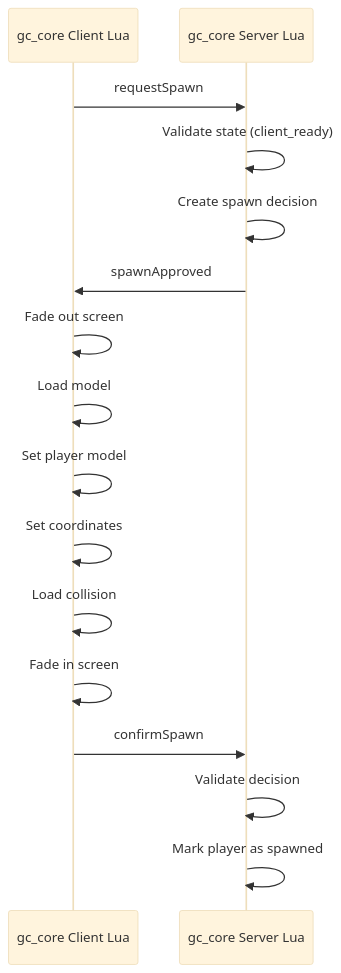
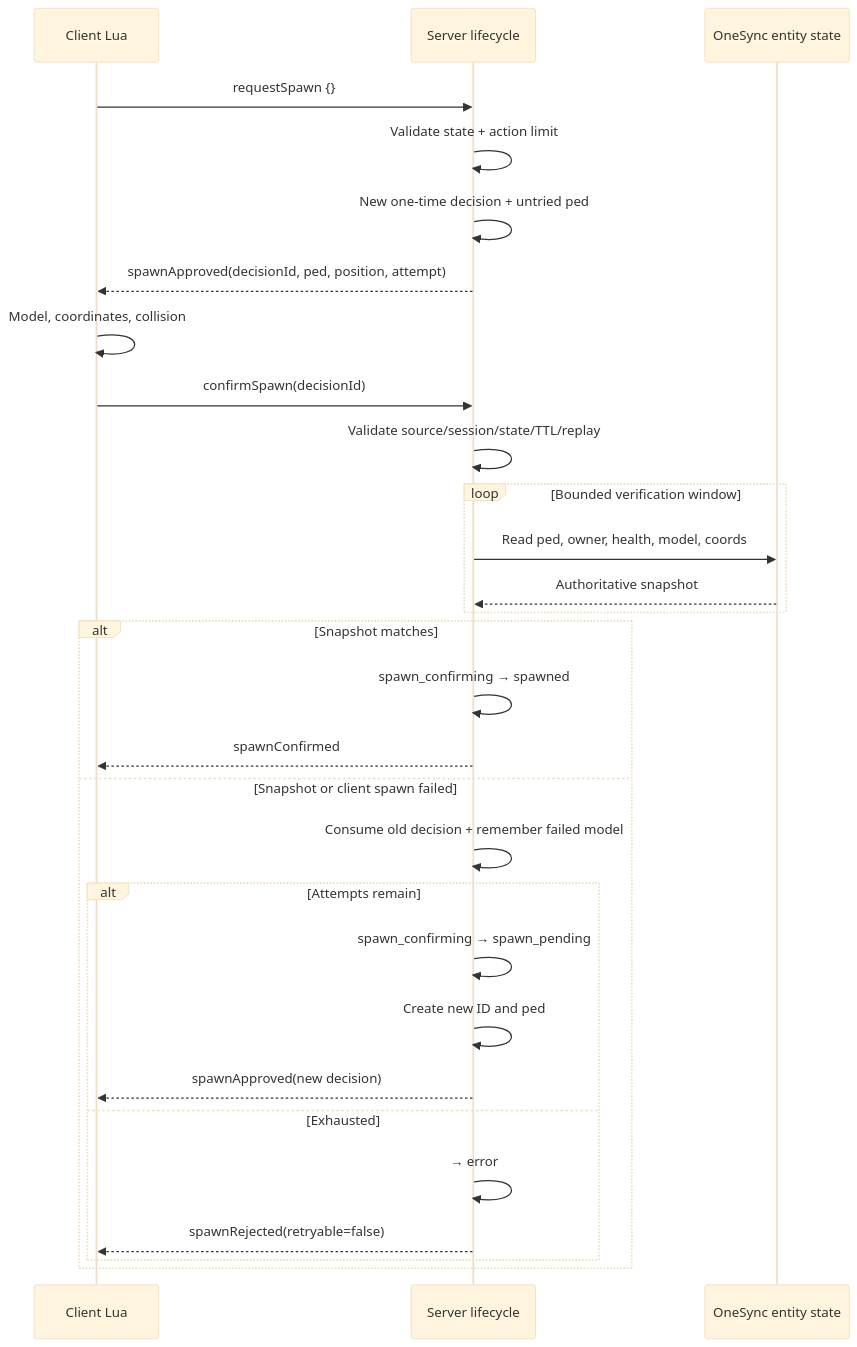
The diagram in docs/diagrams/spawn-flow.md (chel38/GCore), drawn with Mermaid (base theme) before and after one commit. The commit also changed other lines of this file and 74 other files, not shown here.

````diff
--- a/docs/diagrams/spawn-flow.md
+++ b/docs/diagrams/spawn-flow.md
@@ -5,19 +3,32 @@
 ```mermaid
 sequenceDiagram
-    participant C as gc_core Client Lua
-    participant S as gc_core Server Lua
+    participant C as Client Lua
+    participant S as Server lifecycle
+    participant O as OneSync entity state
 
-    C->>S: requestSpawn
-    S->>S: Validate state (client_ready)
-    S->>S: Create spawn decision
-    S->>C: spawnApproved
-    C->>C: Fade out screen
-    C->>C: Load model
-    C->>C: Set player model
-    C->>C: Set coordinates
-    C->>C: Load collision
-    C->>C: Fade in screen
-    C->>S: confirmSpawn
-    S->>S: Validate decision
-    S->>S: Mark player as spawned
+    C->>S: requestSpawn {}
+    S->>S: Validate state + action limit
+    S->>S: New one-time decision + untried ped
+    S-->>C: spawnApproved(decisionId, ped, position, attempt)
+    C->>C: Model, coordinates, collision
+    C->>S: confirmSpawn(decisionId)
+    S->>S: Validate source/session/state/TTL/replay
+    loop Bounded verification window
+        S->>O: Read ped, owner, health, model, coords
+        O-->>S: Authoritative snapshot
+    end
+    alt Snapshot matches
+        S->>S: spawn_confirming → spawned
+        S-->>C: spawnConfirmed
+    else Snapshot or client spawn failed
+        S->>S: Consume old decision + remember failed model
+        alt Attempts remain
+            S->>S: spawn_confirming → spawn_pending
+            S->>S: Create new ID and ped
+            S-->>C: spawnApproved(new decision)
+        else Exhausted
+            S->>S: → error
+            S-->>C: spawnRejected(retryable=false)
+        end
+    end
 ```
````
